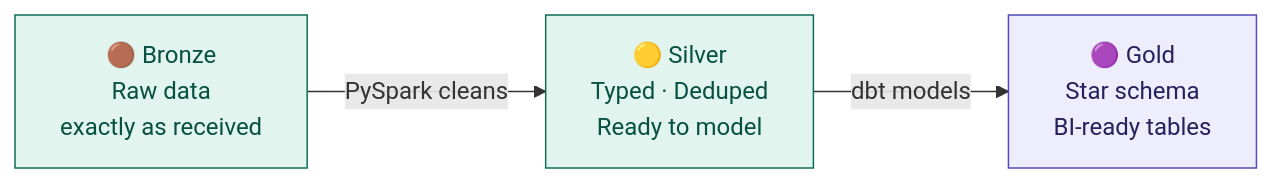
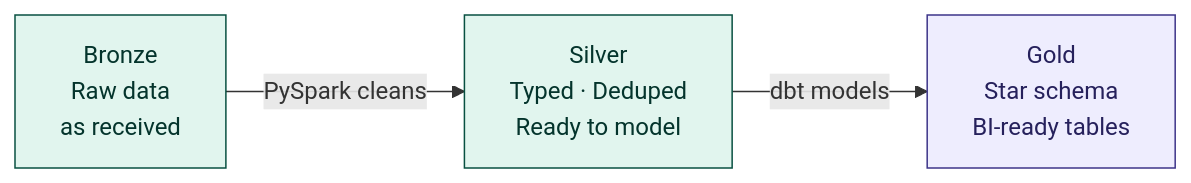
Before and after one commit to Aamirali7596/Finalto_Yelp_project: the first of 3 diagrams in finalto/Readme.md, drawn with Mermaid. The commit also changed other lines of this file, not shown here.

````diff
--- a/finalto/Readme.md
+++ b/finalto/Readme.md
@@ -23,9 +23,15 @@
 ```mermaid
 flowchart LR
-    A["🟤 Bronze\nRaw data\nexactly as received"] -->|PySpark cleans| B["🟡 Silver\nTyped · Deduped\nReady to model"]
-    B -->|dbt models| C["🟣 Gold\nStar schema\nBI-ready tables"]
+    A["Bronze
+    Raw data
+    as received"] -->|PySpark cleans| B["Silver
+    Typed · Deduped
+    Ready to model"]
+    B -->|dbt models| C["Gold
+    Star schema
+    BI-ready tables"]
 
-    style A fill:#E1F5EE,stroke:#0F6E56,color:#085041
-    style B fill:#E1F5EE,stroke:#0F6E56,color:#085041
-    style C fill:#EEEDFE,stroke:#534AB7,color:#26215C
+    style A fill:#E1F5EE,stroke:#085041,color:#04342C
+    style B fill:#E1F5EE,stroke:#085041,color:#04342C
+    style C fill:#EEEDFE,stroke:#3C3489,color:#26215C
 ```
````
